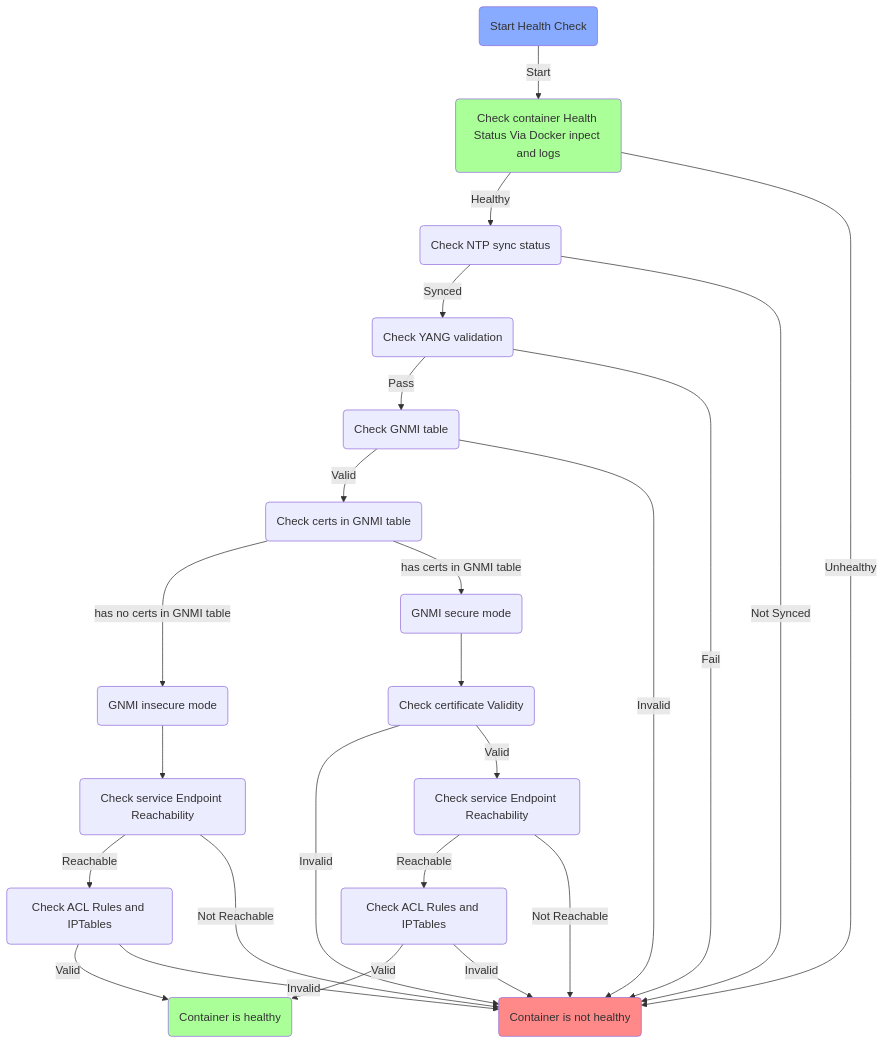
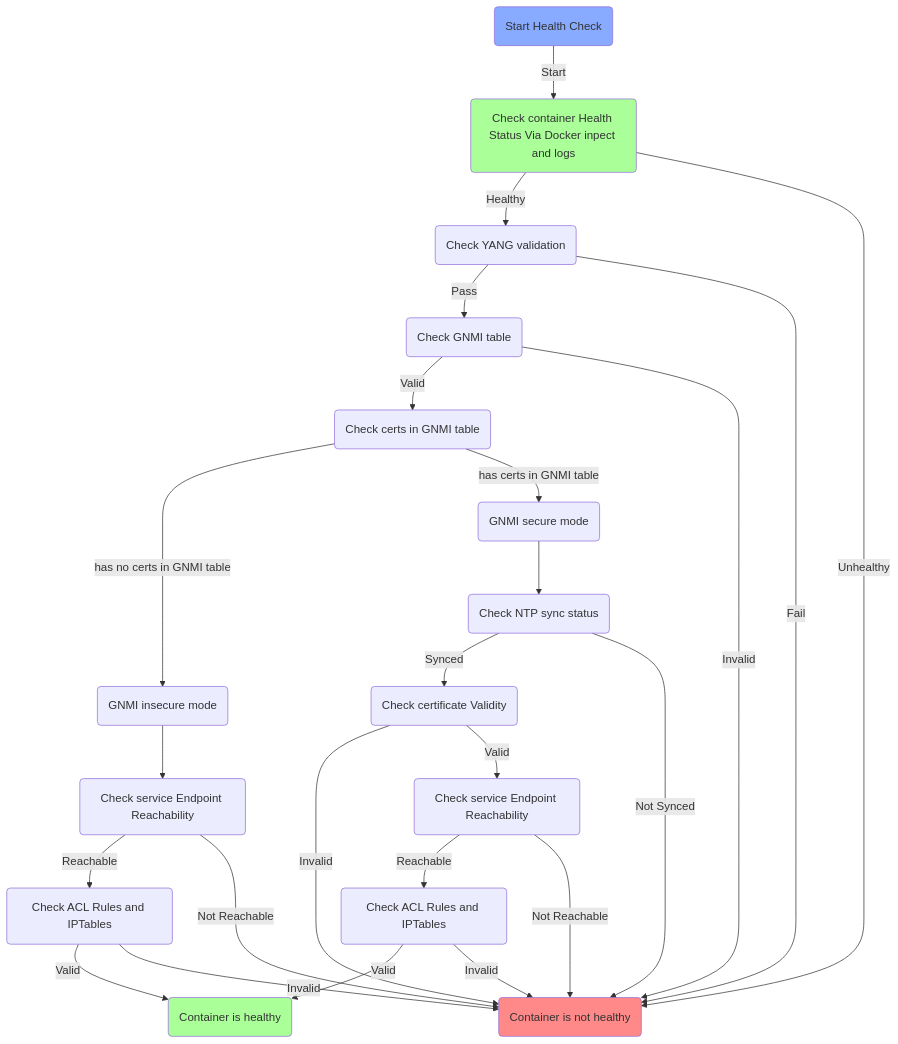
The diagram in gnmi_wd.md (ganglyu/mermaid), drawn with Mermaid before and after one commit.

````diff
--- a/gnmi_wd.md
+++ b/gnmi_wd.md
@@ -1,46 +1,46 @@
 ```mermaid
 flowchart
     id_health(Start Health Check)
     style id_health fill:#8AF
     id_container(Check container Health Status Via Docker inpect and logs)
     style id_container fill:#AF9
     id_ntp(Check NTP sync status)
     id_yang(Check YANG validation)
     id_gnmi(Check GNMI table)
     id_gnmi_certs(Check certs in GNMI table)
     id_insecure(GNMI insecure mode)
     id_secure(GNMI secure mode)
     id_endpoint1(Check service Endpoint Reachability)
     id_acl1(Check ACL Rules and IPTables)
     id_endpoint2(Check service Endpoint Reachability)
     id_acl2(Check ACL Rules and IPTables)
     id_cert_valid(Check certificate Validity)
     id_container_healthy(Container is healthy)
     style id_container_healthy fill:#AF9
     id_container_not_healthy(Container is not healthy)
     style id_container_not_healthy fill:#F88
 
     id_health-->|Start|id_container
-    id_container-->|Healthy|id_ntp
+    id_container-->|Healthy|id_yang
     id_container-->|Unhealthy|id_container_not_healthy
-    id_ntp-->|Synced|id_yang
-    id_ntp-->|Not Synced|id_container_not_healthy
     id_yang-->|Pass|id_gnmi
     id_yang-->|Fail|id_container_not_healthy
     id_gnmi-->|Valid|id_gnmi_certs
     id_gnmi-->|Invalid|id_container_not_healthy
     id_gnmi_certs-->|has no certs in GNMI table|id_insecure
     id_gnmi_certs-->|has certs in GNMI table|id_secure
-    id_secure-->id_cert_valid
+    id_secure-->id_ntp
+    id_ntp-->|Synced|id_cert_valid
+    id_ntp-->|Not Synced|id_container_not_healthy
     id_cert_valid-->|Invalid|id_container_not_healthy
     id_cert_valid-->|Valid|id_endpoint1
     id_endpoint1-->|Reachable|id_acl1
     id_endpoint1-->|Not Reachable|id_container_not_healthy
     id_acl1-->|Valid|id_container_healthy
     id_acl1-->|Invalid|id_container_not_healthy
     id_insecure-->id_endpoint2
     id_endpoint2-->|Reachable|id_acl2
     id_endpoint2-->|Not Reachable|id_container_not_healthy
     id_acl2-->|Valid|id_container_healthy
     id_acl2-->|Invalid|id_container_not_healthy
 ```
````
